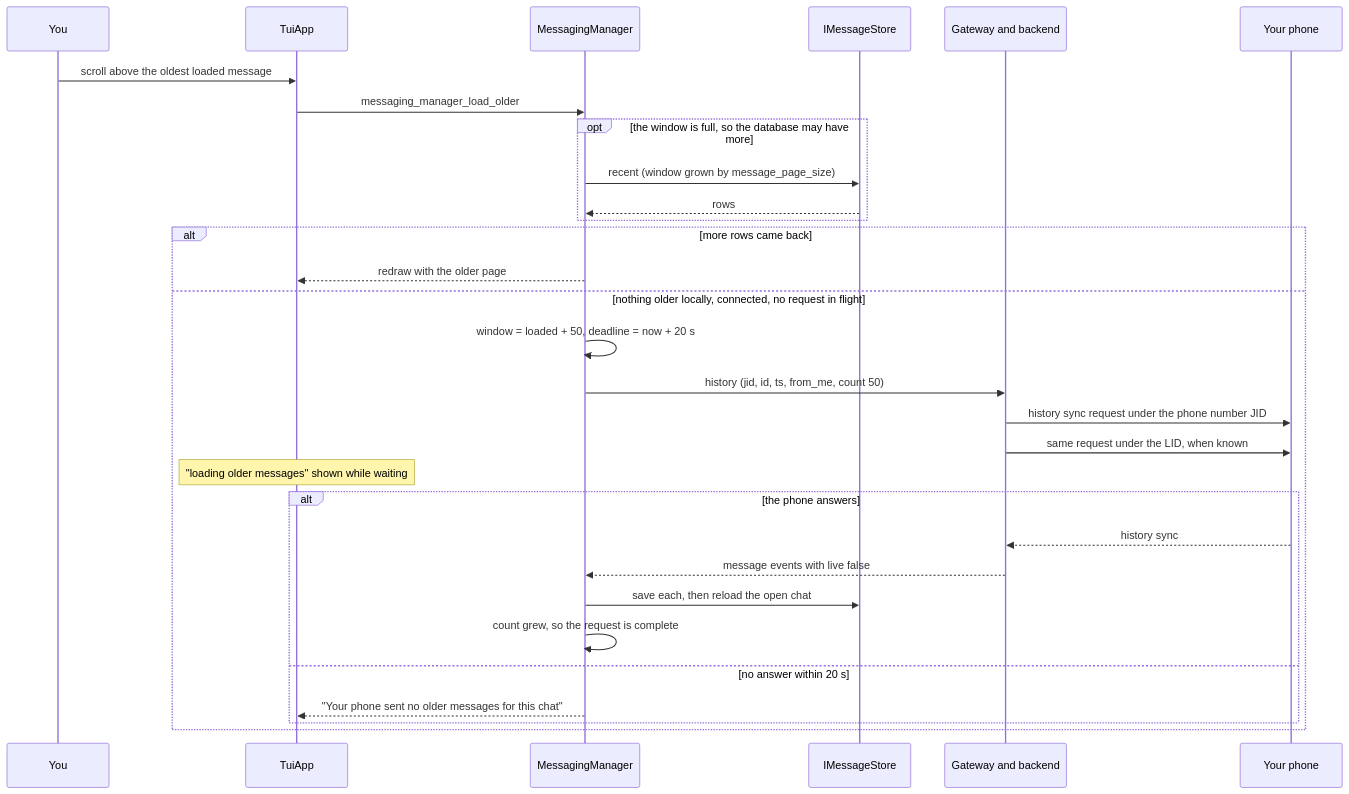
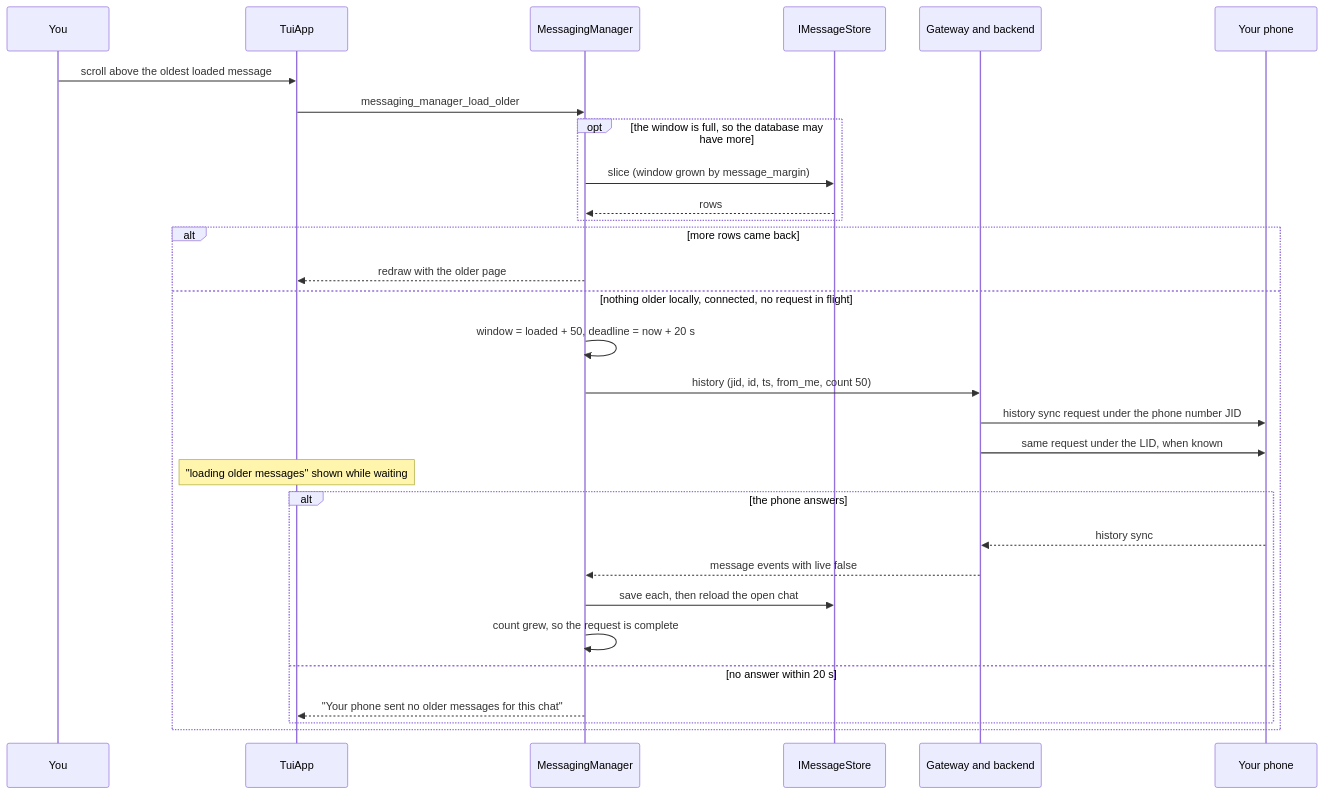
One commit to LeonFNortje/tawk changed the seventh of 20 diagrams in HOW_IT_WORKS.md. Above: the diagram before and after it, drawn with Mermaid. The commit also changed other lines of this file and 4 other files, not shown here.

First line of the commit message:
Document the message window, status continuation and schema version 16

````diff
--- a/HOW_IT_WORKS.md
+++ b/HOW_IT_WORKS.md
@@ -307,32 +307,32 @@
 ```mermaid
 sequenceDiagram
     participant U as You
     participant T as TuiApp
     participant M as MessagingManager
     participant S as IMessageStore
     participant B as Gateway and backend
     participant P as Your phone
     U->>T: scroll above the oldest loaded message
     T->>M: messaging_manager_load_older
     opt the window is full, so the database may have more
-        M->>S: recent (window grown by message_page_size)
+        M->>S: slice (window grown by message_margin)
         S-->>M: rows
     end
     alt more rows came back
         M-->>T: redraw with the older page
     else nothing older locally, connected, no request in flight
         M->>M: window = loaded + 50, deadline = now + 20 s
         M->>B: history (jid, id, ts, from_me, count 50)
         B->>P: history sync request under the phone number JID
         B->>P: same request under the LID, when known
         Note over T: "loading older messages" shown while waiting
         alt the phone answers
             P-->>B: history sync
             B-->>M: message events with live false
             M->>S: save each, then reload the open chat
             M->>M: count grew, so the request is complete
         else no answer within 20 s
             M-->>T: "Your phone sent no older messages for this chat"
         end
     end
 ```
````
